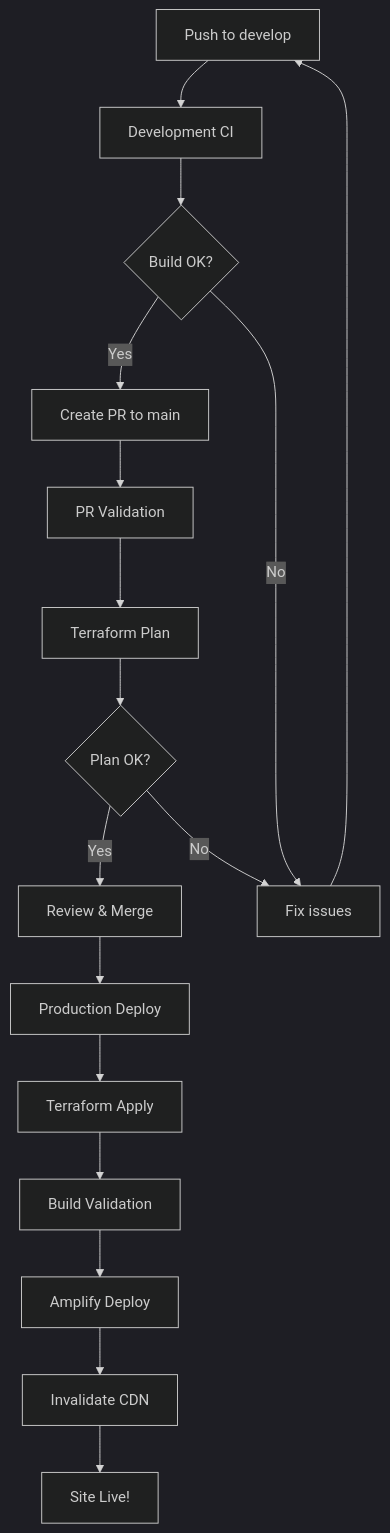
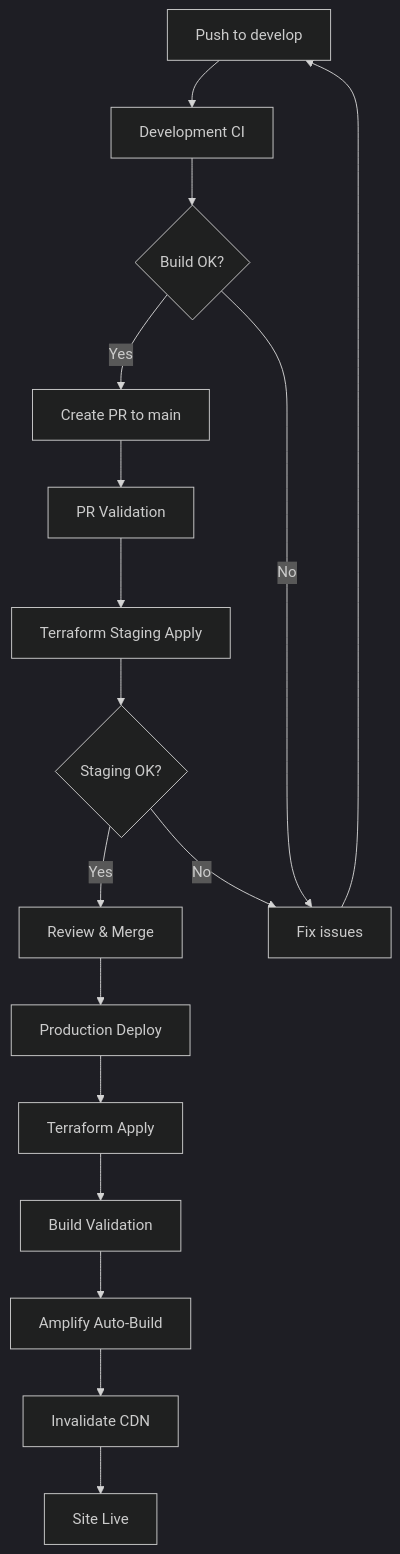
The diagram in docs/CI_CD_WORKFLOW.md (utmalone/sgoodie-platform), drawn with Mermaid (dark theme) before and after one commit. The commit also changed other lines of this file and 10 other files, not shown here.

````diff
--- a/docs/CI_CD_WORKFLOW.md
+++ b/docs/CI_CD_WORKFLOW.md
@@ -111,19 +128,19 @@
 ```mermaid
 graph TD
     A[Push to develop] --> B[Development CI]
     B --> C{Build OK?}
     C -->|Yes| D[Create PR to main]
     C -->|No| E[Fix issues]
     E --> A
     D --> F[PR Validation]
-    F --> G[Terraform Plan]
-    G --> H{Plan OK?}
+    F --> G[Terraform Staging Apply]
+    G --> H{Staging OK?}
     H -->|Yes| I[Review & Merge]
     H -->|No| E
     I --> J[Production Deploy]
     J --> K[Terraform Apply]
     K --> L[Build Validation]
-    L --> M[Amplify Deploy]
+    L --> M[Amplify Auto-Build]
     M --> N[Invalidate CDN]
-    N --> O[Site Live!]
+    N --> O[Site Live]
 ```
````
